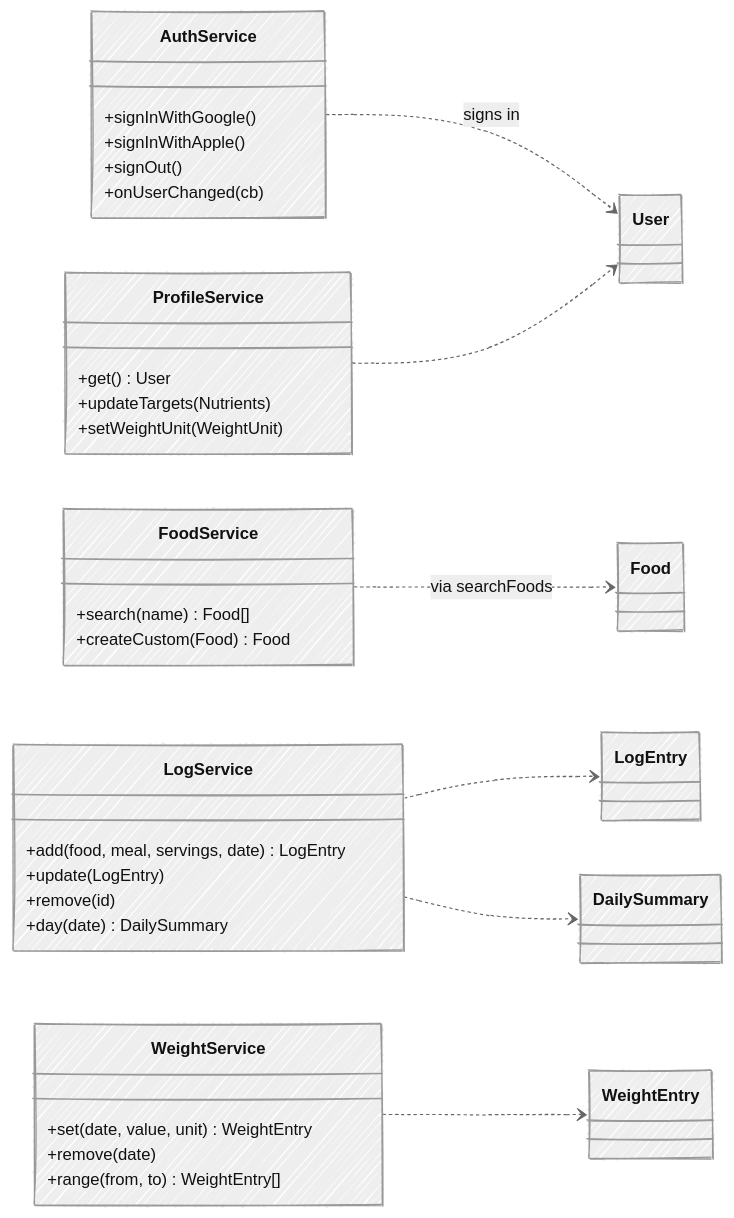
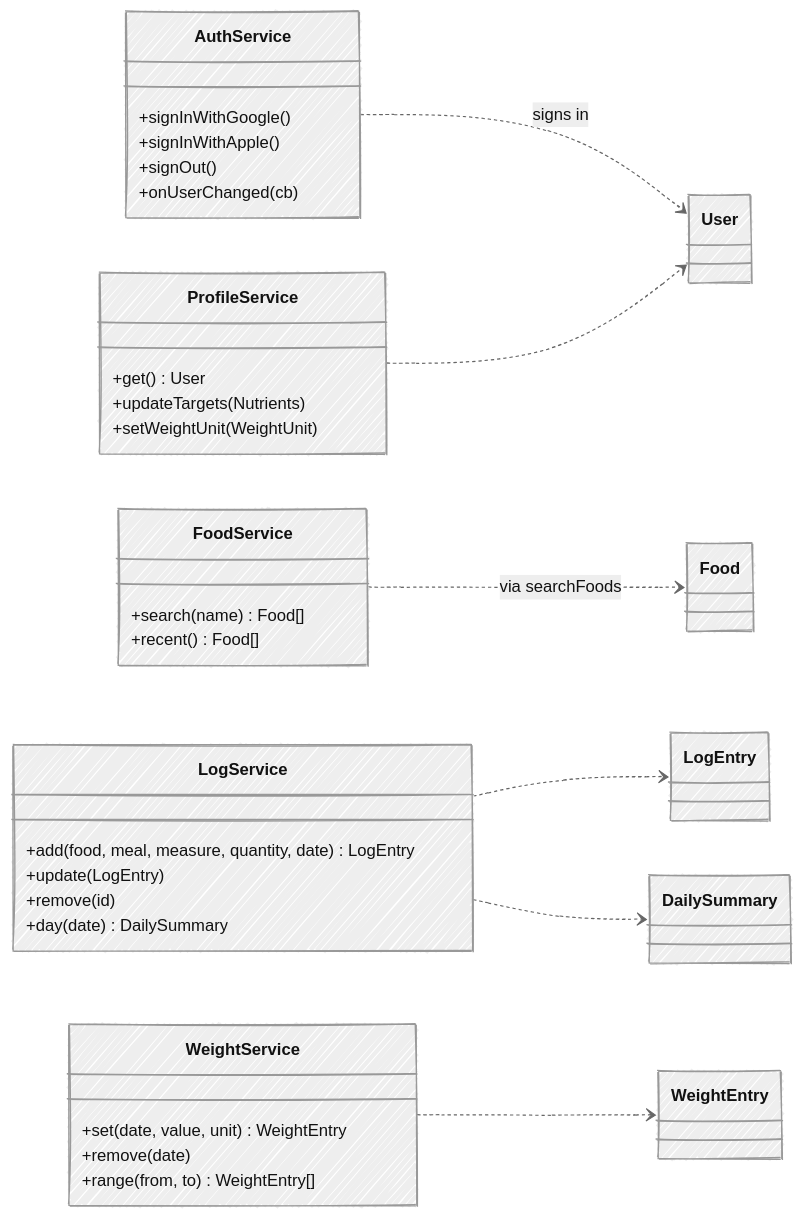
Before and after one commit to ai-rayven/wellness-ai: the fourth of 4 diagrams in docs/mvp.md, drawn with Mermaid. The commit also changed other lines of this file, not shown here.

First line of the commit message:
Simplify data model: drop custom foods, add food metadata

````diff
--- a/docs/mvp.md
+++ b/docs/mvp.md
@@ -220,43 +227,43 @@
 ```mermaid
 ---
 config:
   look: handDrawn
   theme: neutral
 ---
 classDiagram
     direction LR
 
     class AuthService {
         +signInWithGoogle()
         +signInWithApple()
         +signOut()
         +onUserChanged(cb)
     }
     class ProfileService {
         +get() User
         +updateTargets(Nutrients)
         +setWeightUnit(WeightUnit)
     }
     class FoodService {
         +search(name) Food[]
-        +createCustom(Food) Food
+        +recent() Food[]
     }
     class LogService {
-        +add(food, meal, servings, date) LogEntry
+        +add(food, meal, measure, quantity, date) LogEntry
         +update(LogEntry)
         +remove(id)
         +day(date) DailySummary
     }
     class WeightService {
         +set(date, value, unit) WeightEntry
         +remove(date)
         +range(from, to) WeightEntry[]
     }
 
     AuthService ..> User : signs in
     ProfileService ..> User
     FoodService ..> Food : via searchFoods
     LogService ..> LogEntry
     LogService ..> DailySummary
     WeightService ..> WeightEntry
 ```
````
